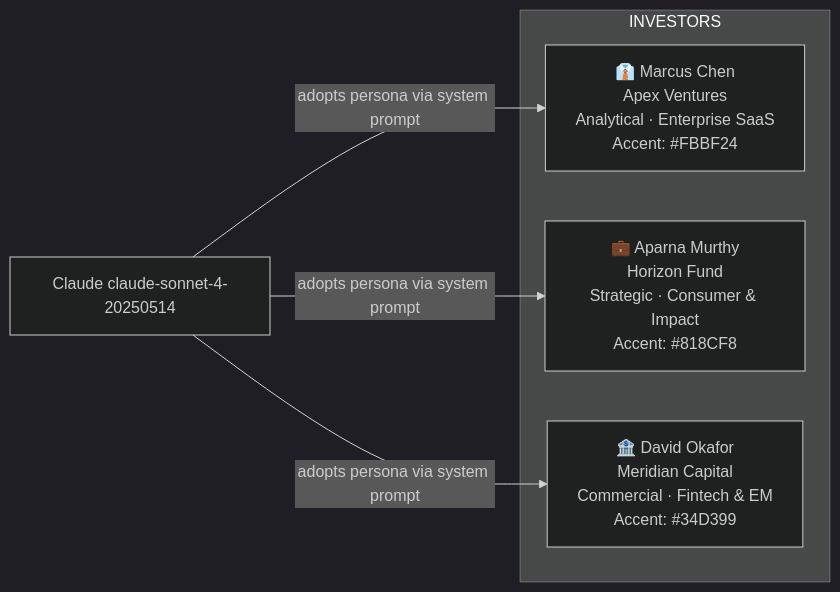
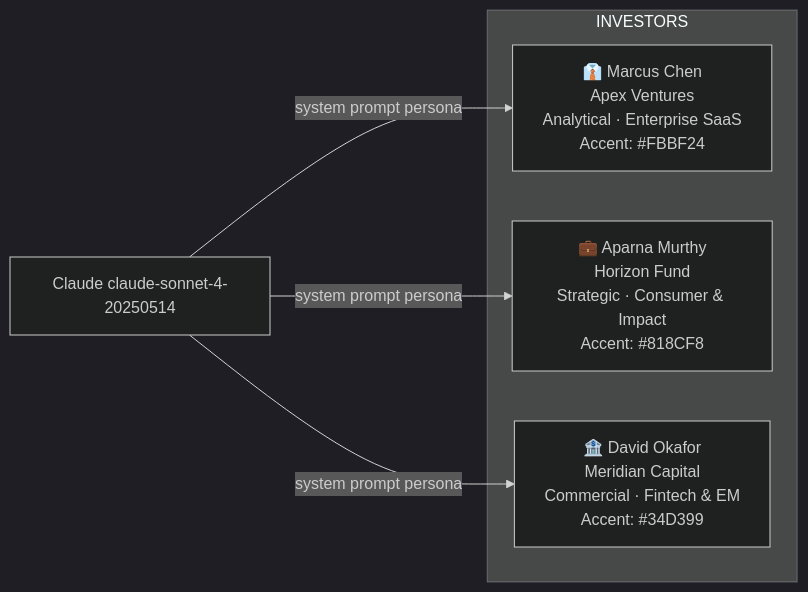
The seventh of 10 diagrams in architecture.md (srivi19/pitchmirror), drawn with Mermaid (dark theme) before and after one commit. The commit also changed other lines of this file and 1 other file, not shown here.

Commit message:
Update README and architecture.md: Express proxy, voice I/O, back/download buttons, deployment guide

````diff
--- a/architecture.md
+++ b/architecture.md
@@ -196,12 +234,12 @@
 ```mermaid
 graph LR
     subgraph INVESTORS
         Marcus["👔 Marcus Chen\nApex Ventures\nAnalytical · Enterprise SaaS\nAccent: #FBBF24"]
         Aparna["💼 Aparna Murthy\nHorizon Fund\nStrategic · Consumer & Impact\nAccent: #818CF8"]
         David["🏦 David Okafor\nMeridian Capital\nCommercial · Fintech & EM\nAccent: #34D399"]
     end
 
-    Claude["Claude claude-sonnet-4-20250514"] -->|adopts persona via system prompt| Marcus
-    Claude -->|adopts persona via system prompt| Aparna
-    Claude -->|adopts persona via system prompt| David
+    Claude["Claude claude-sonnet-4-20250514"] -->|system prompt persona| Marcus
+    Claude -->|system prompt persona| Aparna
+    Claude -->|system prompt persona| David
 ```
````
